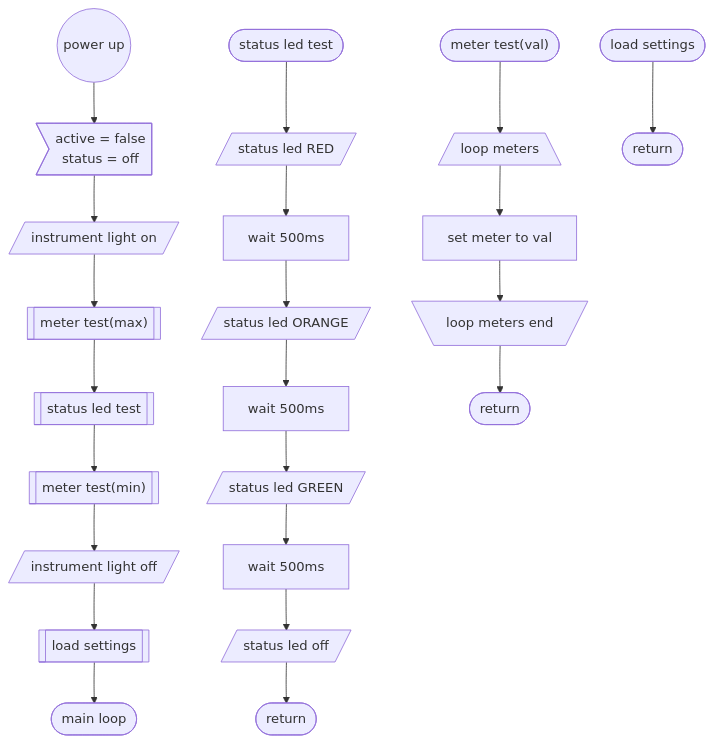
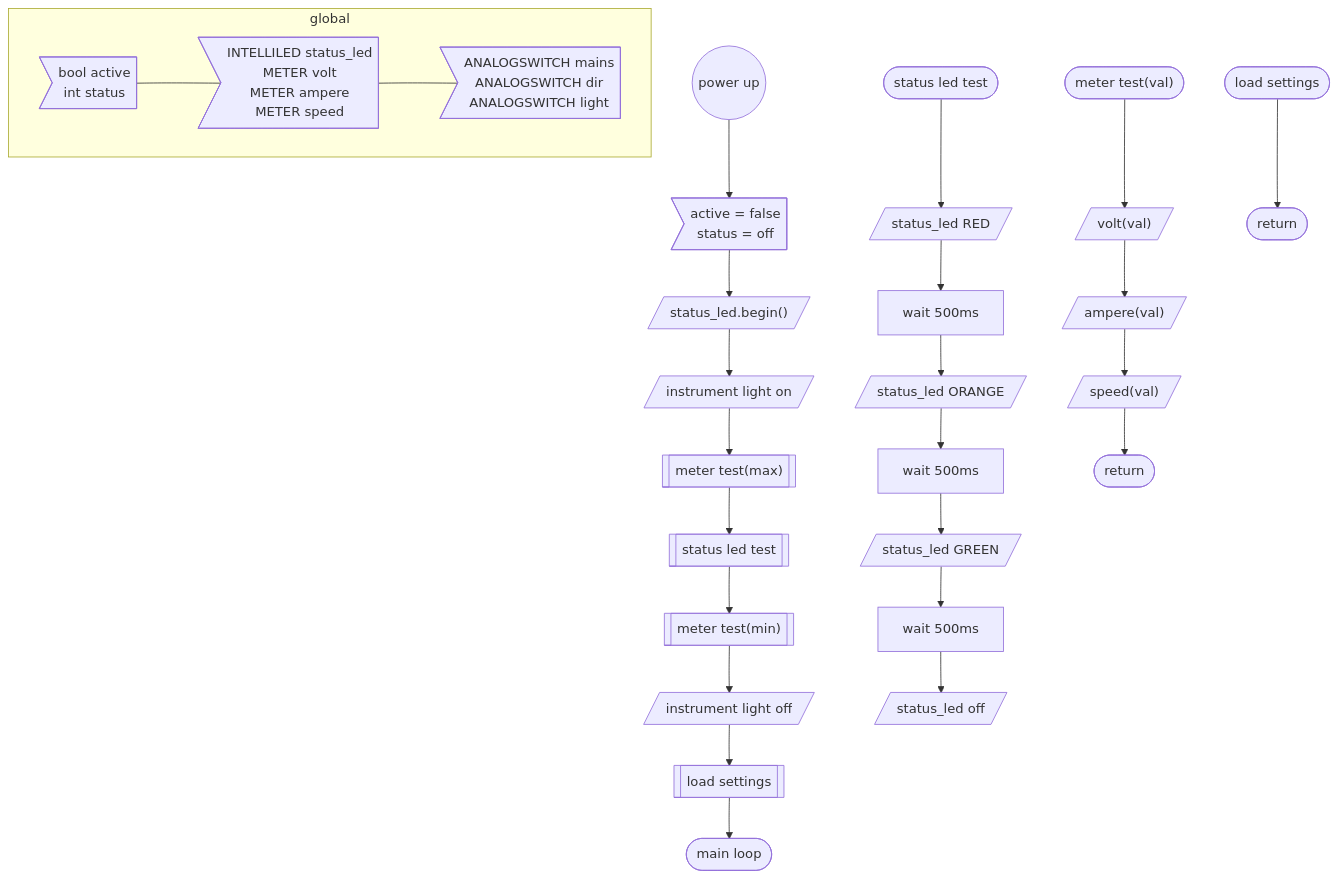
Before and after one commit to loco-can/loco-can-software: the second of 7 diagrams in Loco_can_controller/FLOATCHART.md, drawn with Mermaid. The commit also changed other lines of this file, not shown here.

Commit message:
update controller flowchart

````diff
--- a/Loco_can_controller/FLOATCHART.md
+++ b/Loco_can_controller/FLOATCHART.md
@@ -14,23 +19,62 @@
 ```mermaid
 graph TD;
-    START((power up)) --> INIT>active = false\nstatus = off];
-    INIT --> INSTR_ON[/instrument light on/];
-    INSTR_ON --> METER_MAX[["meter test(max)"]];
-    METER_MAX --> LED[["status led test"]] --> METER_MIN[["meter test(min)"]];
-    METER_MIN --> INSTR_OFF[/instrument light off/];
-    INSTR_OFF --> LOAD_SETTINGS[[load settings]];
-    LOAD_SETTINGS --> INITEND([main loop]);
+    %% controller init
+    
+    subgraph global;
+        globalvars>bool active\nint status\n] --- globalmeter;
+        globalmeter>INTELLILED status_led\nMETER volt\nMETER ampere\nMETER speed] --- globalbutton;
+        globalbutton>ANALOGSWITCH mains\nANALOGSWITCH dir\nANALOGSWITCH light];
+    end
 
-    LED_TEST([status led test]) --> LED_RED;
-    LED_RED[/status led RED/] --> WAIT_RED[wait 500ms] --> LED_ORANGE;
-    LED_ORANGE[/status led ORANGE/] --> WAIT_ORANGE[wait 500ms] --> LED_GREEN;
-    LED_GREEN[/status led GREEN/] --> WAIT_GREEN[wait 500ms] --> LED_OFF[/status led off/] --> LED_TEST_END([return]);
+    %% power up
+    %% node definitions
+    START((power up));
+    INIT_VAR>active = false\nstatus = off];
+    INIT_LED[/"status_led.begin()"/];
+    INSTR_ON[/instrument light on/];
+    METER_MAX[["meter test(max)"]];
+    LED_TEST[["status led test"]];
+    METER_MIN[["meter test(min)"]];
+    INSTR_OFF[/instrument light off/];
+    LOAD_SETTINGS[[load settings]];
+    INITEND([main loop]);
 
-    METER_TEST(["meter test(val)"]) --> METER_TEST_LOOP[/loop meters\];
-    METER_TEST_LOOP --> METER_SET[set meter to val] --> METER_TEST_LOOP_END[\loop meters end/];
-    METER_TEST_LOOP_END --> METER_TEST_END([return]);
+    %% flow
+    START --> INIT_VAR --> INIT_LED --> INSTR_ON;
+    INSTR_ON --> METER_MAX --> LED_TEST --> METER_MIN --> INSTR_OFF;
+    INSTR_OFF --> LOAD_SETTINGS;
+    LOAD_SETTINGS --> INITEND;
 
-    LOADSETTINGS([load settings]) --> ENDLOAD;
+    %% led test
+    %% node definitions
+    LEDTEST([status led test]);
+    LED_RED[/status_led RED/];
+    LED_ORANGE[/status_led ORANGE/];
+    LED_GREEN[/status_led GREEN/];
+    LED_OFF[/status_led off/];
+    WAIT_RED[wait 500ms];
+    WAIT_ORANGE[wait 500ms];
+    WAIT_GREEN[wait 500ms];
+
+    %% flow
+    LEDTEST --> LED_RED --> WAIT_RED --> LED_ORANGE --> WAIT_ORANGE --> LED_GREEN --> WAIT_GREEN --> LED_OFF;
+
+    %% meter test
+    %% node definitions
+    METER_TEST(["meter test(val)"]);
+    METER_TEST_VOLT[/"volt(val)"/];
+    METER_TEST_AMP[/"ampere(val)"/]
+    METER_TEST_SPEED[/"speed(val)"/];
+    METER_TEST_END([return]);
+
+    %% flow
+    METER_TEST --> METER_TEST_VOLT --> METER_TEST_AMP --> METER_TEST_SPEED --> METER_TEST_END;
+
+    %% load settings
+    %% node definitions
+    LOADSETTINGS([load settings]);
+    ENDLOAD([return]);
     
-    ENDLOAD([return]);
+    %% flow
+    LOADSETTINGS --> ENDLOAD;
   ```
````
